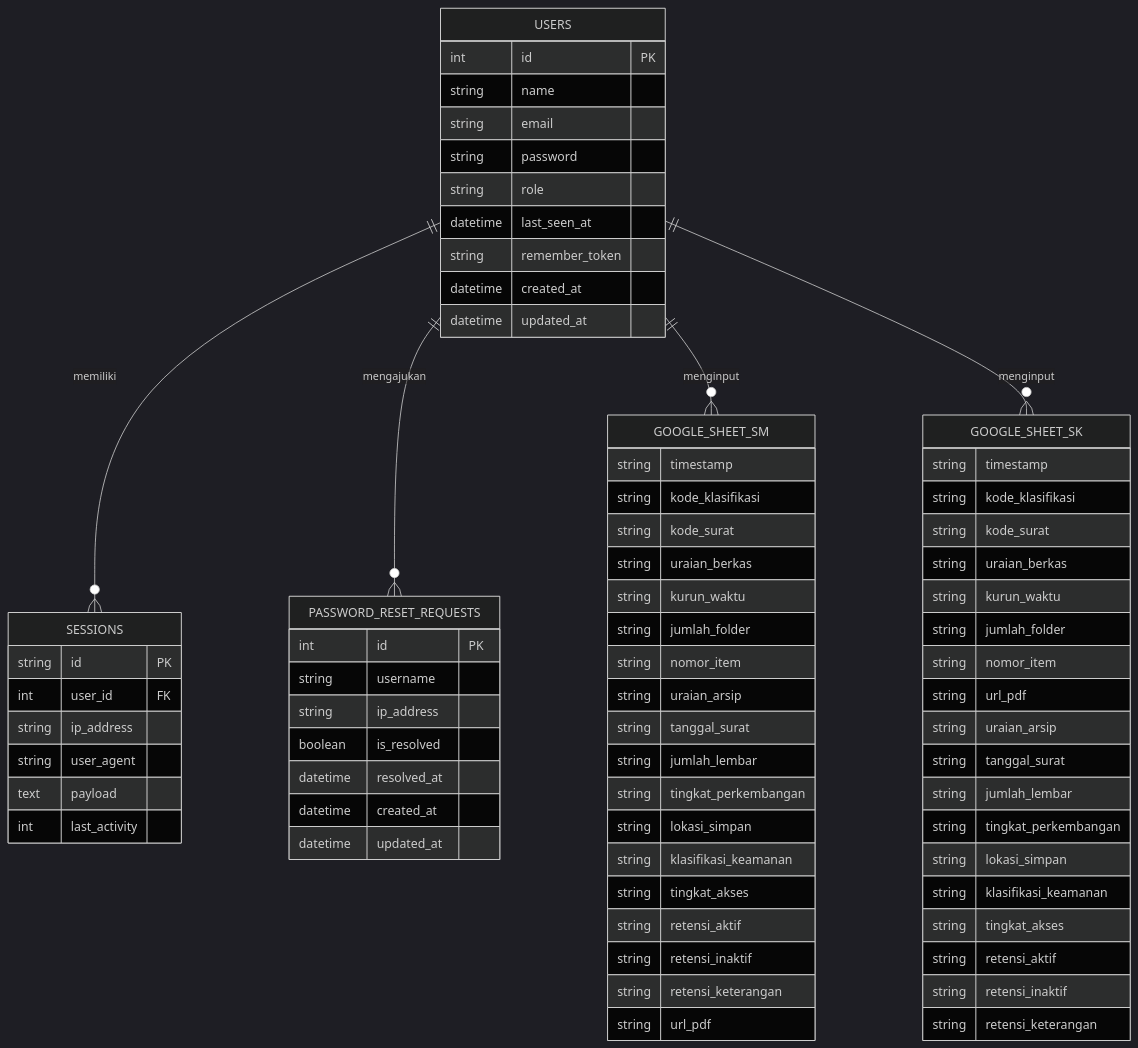
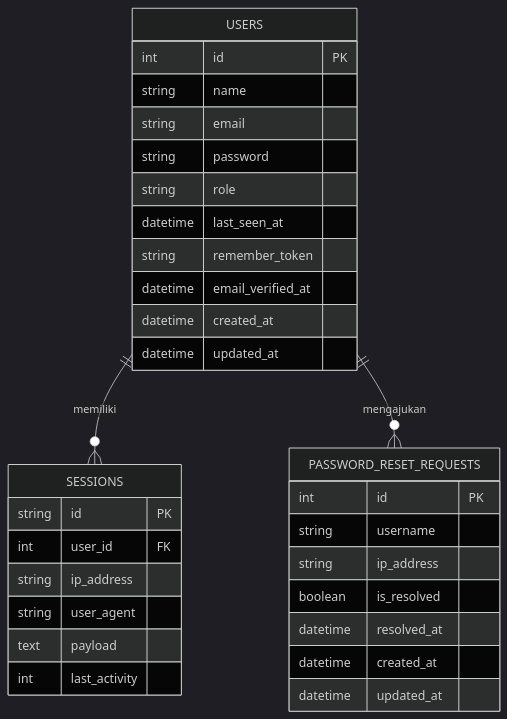
Before and after one commit to Rpl087/PROJECT-MAGANG: the third of 3 diagrams in README.md, drawn with Mermaid (dark theme). The commit also changed other lines of this file and 3 other files, not shown here.

````diff
--- a/README.md
+++ b/README.md
@@ -269,80 +290,37 @@
 ```mermaid
 erDiagram
     USERS {
         int id PK
         string name
         string email
         string password
         string role
         datetime last_seen_at
         string remember_token
+        datetime email_verified_at
         datetime created_at
         datetime updated_at
     }
 
     SESSIONS {
         string id PK
         int user_id FK
         string ip_address
         string user_agent
         text payload
         int last_activity
     }
 
     PASSWORD_RESET_REQUESTS {
         int id PK
         string username
         string ip_address
         boolean is_resolved
         datetime resolved_at
         datetime created_at
         datetime updated_at
     }
 
-    GOOGLE_SHEET_SM {
-        string timestamp
-        string kode_klasifikasi
-        string kode_surat
-        string uraian_berkas
-        string kurun_waktu
-        string jumlah_folder
-        string nomor_item
-        string uraian_arsip
-        string tanggal_surat
-        string jumlah_lembar
-        string tingkat_perkembangan
-        string lokasi_simpan
-        string klasifikasi_keamanan
-        string tingkat_akses
-        string retensi_aktif
-        string retensi_inaktif
-        string retensi_keterangan
-        string url_pdf
-    }
-
-    GOOGLE_SHEET_SK {
-        string timestamp
-        string kode_klasifikasi
-        string kode_surat
-        string uraian_berkas
-        string kurun_waktu
-        string jumlah_folder
-        string nomor_item
-        string url_pdf
-        string uraian_arsip
-        string tanggal_surat
-        string jumlah_lembar
-        string tingkat_perkembangan
-        string lokasi_simpan
-        string klasifikasi_keamanan
-        string tingkat_akses
-        string retensi_aktif
-        string retensi_inaktif
-        string retensi_keterangan
-    }
-
     USERS ||--o{ SESSIONS : "memiliki"
     USERS ||--o{ PASSWORD_RESET_REQUESTS : "mengajukan"
-    USERS ||--o{ GOOGLE_SHEET_SM : "menginput"
-    USERS ||--o{ GOOGLE_SHEET_SK : "menginput"
 ```
````
